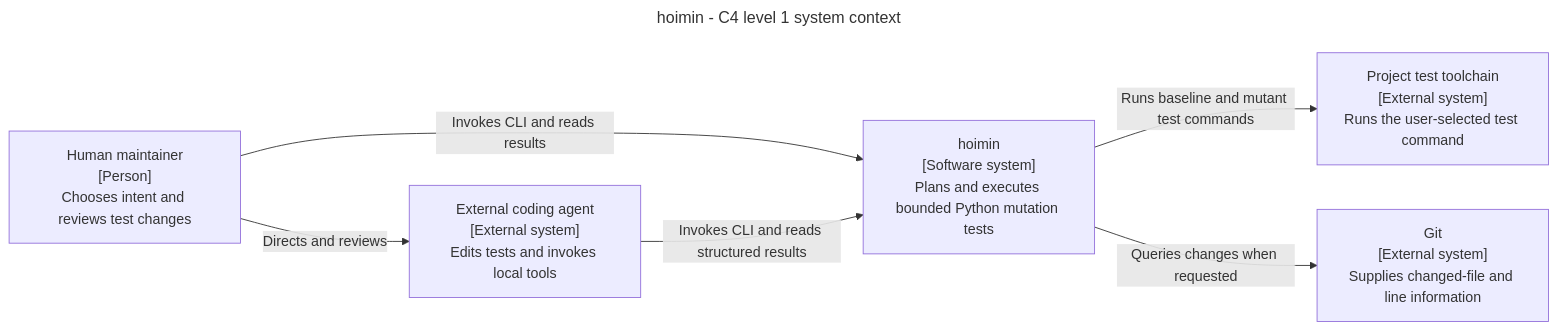
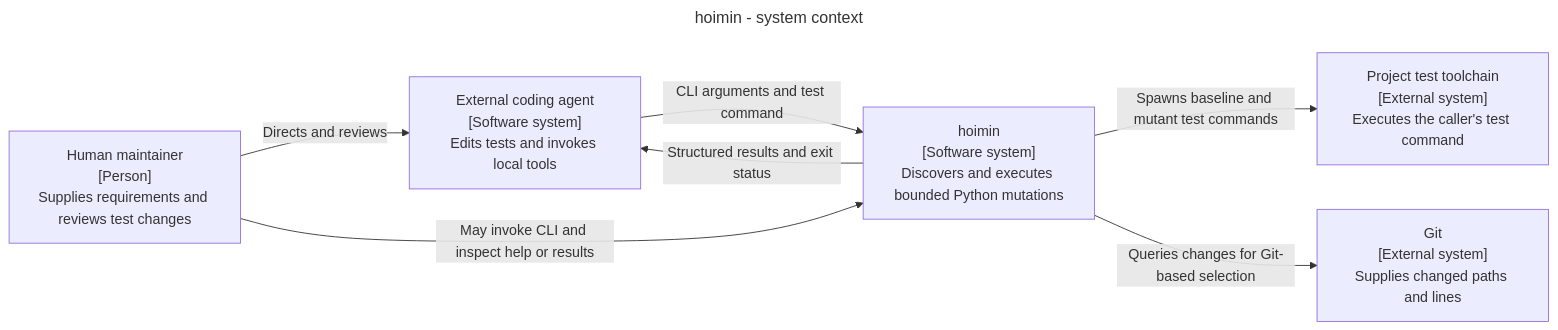
Before and after one commit to HayaoSuzuki/hoimin: the first of 6 diagrams in docs/architecture/c4-model.md, drawn with Mermaid. The commit also changed other lines of this file and 45 other files, not shown here.

````diff
--- a/docs/architecture/c4-model.md
+++ b/docs/architecture/c4-model.md
@@ -47,16 +41,17 @@
 ```mermaid
 ---
-title: hoimin - C4 level 1 system context
+title: hoimin - system context
 ---
 flowchart LR
-    H["Human maintainer<br/>[Person]<br/>Chooses intent and reviews test changes"]
-    A["External coding agent<br/>[External system]<br/>Edits tests and invokes local tools"]
-    S["hoimin<br/>[Software system]<br/>Plans and executes bounded Python mutation tests"]
-    T["Project test toolchain<br/>[External system]<br/>Runs the user-selected test command"]
-    G["Git<br/>[External system]<br/>Supplies changed-file and line information"]
+    H["Human maintainer<br/>[Person]<br/>Supplies requirements and reviews test changes"]
+    A["External coding agent<br/>[Software system]<br/>Edits tests and invokes local tools"]
+    S["hoimin<br/>[Software system]<br/>Discovers and executes bounded Python mutations"]
+    T["Project test toolchain<br/>[External system]<br/>Executes the caller's test command"]
+    G["Git<br/>[External system]<br/>Supplies changed paths and lines"]
     H -->|Directs and reviews| A
-    H -->|Invokes CLI and reads results| S
-    A -->|Invokes CLI and reads structured results| S
-    S -->|Runs baseline and mutant test commands| T
-    S -->|Queries changes when requested| G
+    A -->|CLI arguments and test command| S
+    S -->|Structured results and exit status| A
+    H -->|May invoke CLI and inspect help or results| S
+    S -->|Spawns baseline and mutant test commands| T
+    S -->|Queries changes for Git-based selection| G
 ```
````
